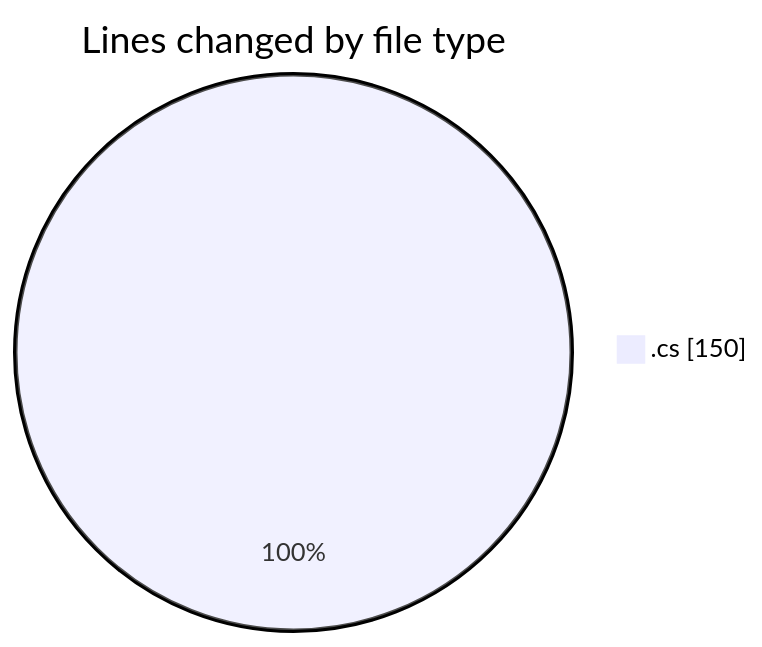
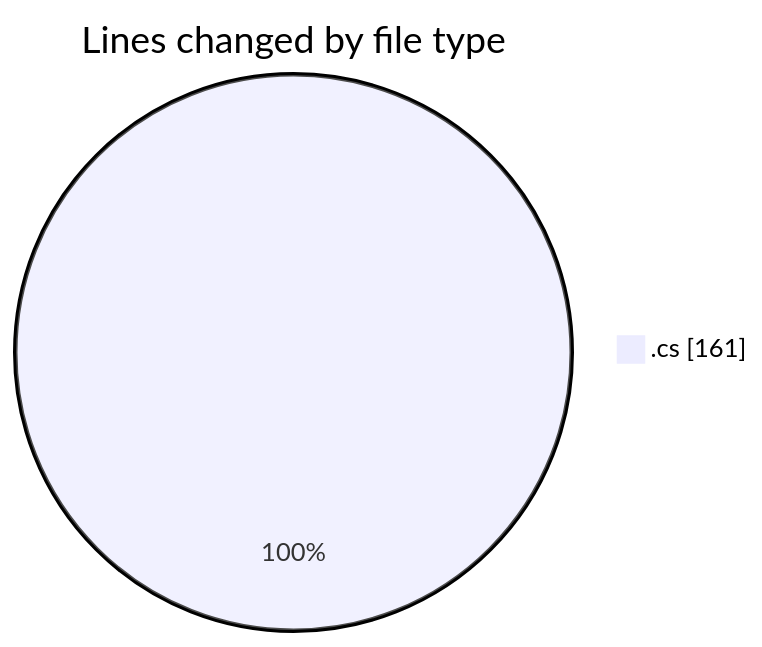
Before and after one commit to Netris89/code-tracking: the first of 2 diagrams in 2025-10-07/skintrack/README.md, drawn with Mermaid. The commit also changed other lines of this file and 1 other file, not shown here.

````diff
--- a/2025-10-07/skintrack/README.md
+++ b/2025-10-07/skintrack/README.md
@@ -23,5 +23,5 @@
 ```mermaid
 pie showData
 title Lines changed by file type
-".cs" : 150
+".cs" : 161
 ```
````
